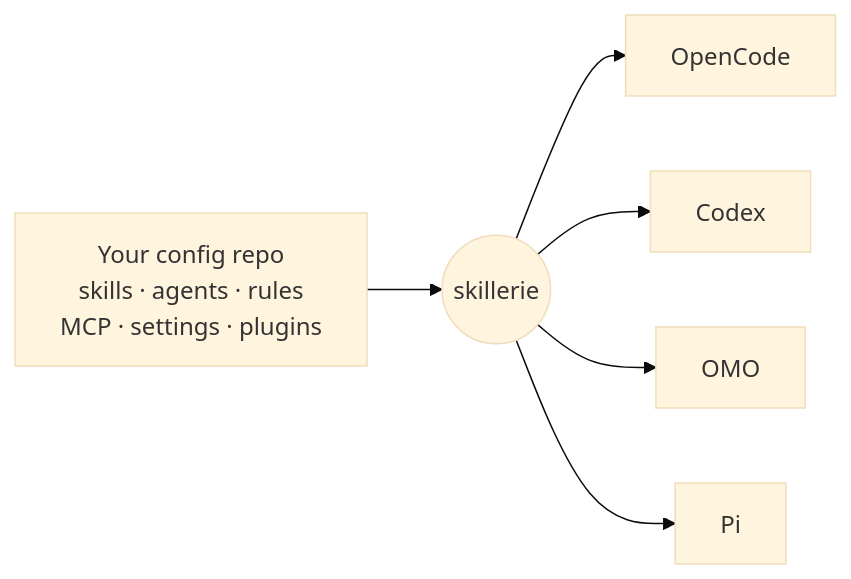
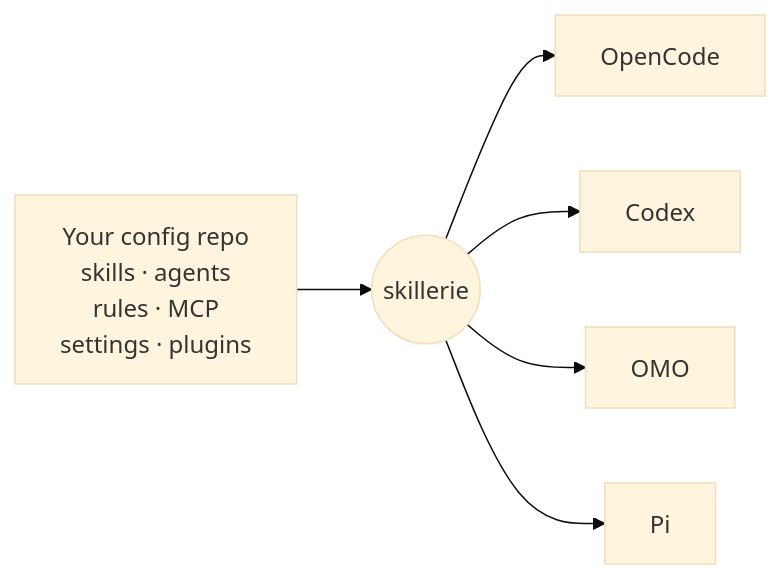
The diagram in README.md (e-n-0/skillerie), drawn with Mermaid (base theme) before and after one commit.

Commit message:
docs: shorten diagram label lines

````diff
--- a/README.md
+++ b/README.md
@@ -26,8 +26,8 @@
 ```mermaid
 flowchart LR
-  repo["Your config repo<br/>skills · agents · rules<br/>MCP · settings · plugins"] --> skillerie((skillerie))
+  repo["Your config repo<br/>skills · agents<br/>rules · MCP<br/>settings · plugins"] --> skillerie((skillerie))
   skillerie --> OpenCode
   skillerie --> Codex
   skillerie --> OMO
   skillerie --> Pi
 ```
````
